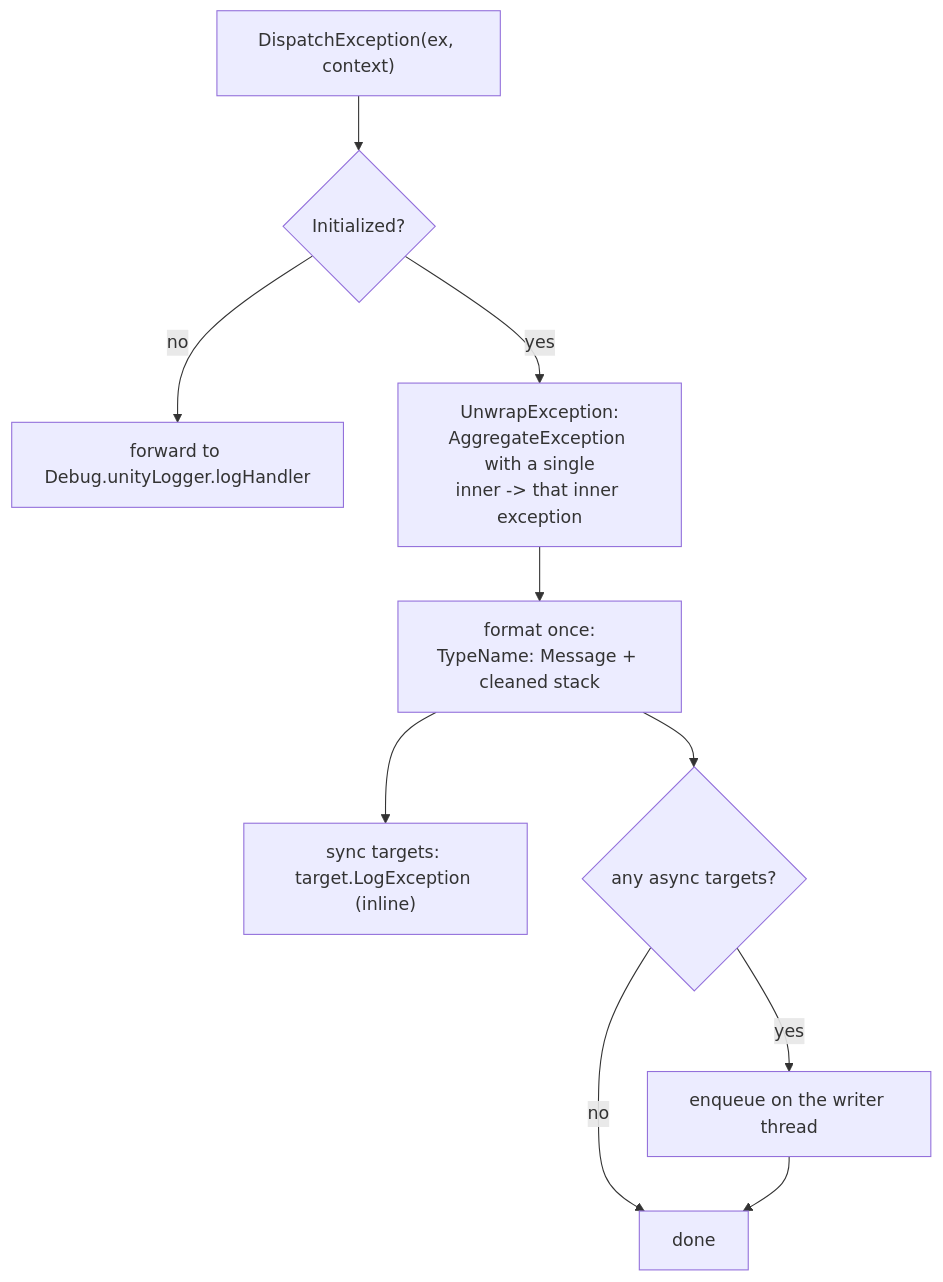
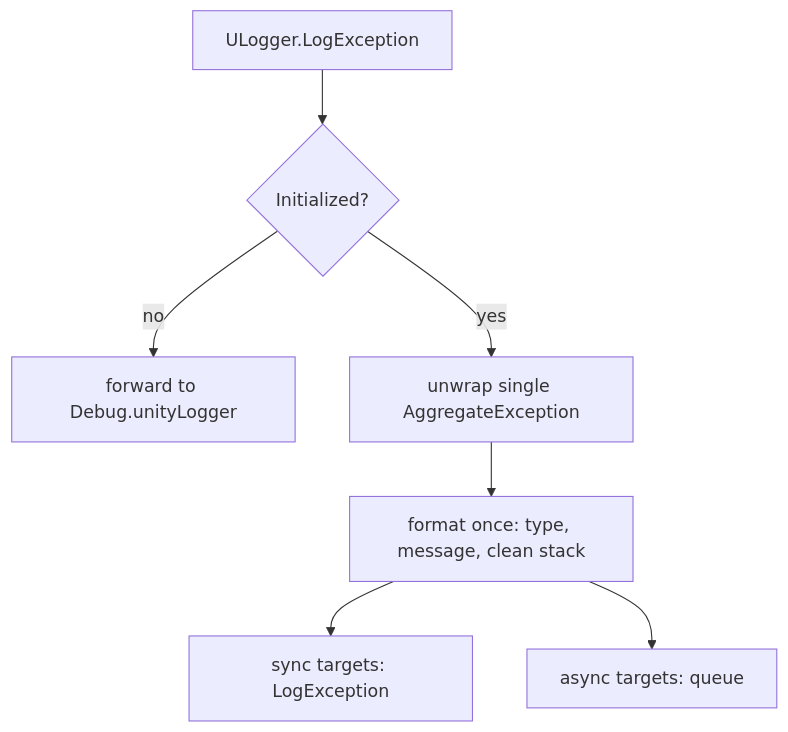
The fourth of 7 diagrams in docs/logging-pipeline.md (Appegy/UniLogger), drawn with Mermaid before and after one commit. The commit also changed other lines of this file, not shown here.

Commit message:
docs: simplify log pipeline doc and drop redundant sections

````diff
--- a/docs/logging-pipeline.md
+++ b/docs/logging-pipeline.md
@@ -174,12 +125,9 @@
 ```mermaid
 flowchart TD
-    IN["DispatchException(ex, context)"] --> NULLCHK{"Initialized?"}
-    NULLCHK -->|"no"| FB["forward to Debug.unityLogger.logHandler"]
-    NULLCHK -->|"yes"| UNWRAP["UnwrapException:<br/>AggregateException with a single<br/>inner -> that inner exception"]
-    UNWRAP --> FORMAT["format once:<br/>TypeName: Message + cleaned stack"]
-    FORMAT --> SYNC["sync targets: target.LogException (inline)"]
-    FORMAT --> ASYNCCHK{"any async targets?"}
-    ASYNCCHK -->|"yes"| ENQ["enqueue on the writer thread"]
-    ASYNCCHK -->|"no"| END2["done"]
-    ENQ --> END2
+    IN["ULogger.LogException"] --> NULLCHK{"Initialized?"}
+    NULLCHK -->|"no"| FB["forward to Debug.unityLogger"]
+    NULLCHK -->|"yes"| UNWRAP["unwrap single AggregateException"]
+    UNWRAP --> FORMAT["format once: type, message, clean stack"]
+    FORMAT --> SYNC["sync targets: LogException"]
+    FORMAT --> ASYNC["async targets: queue"]
 ```
````
